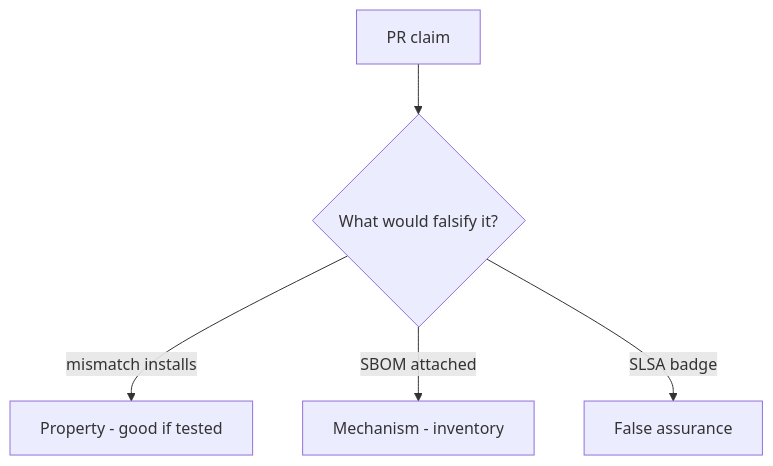
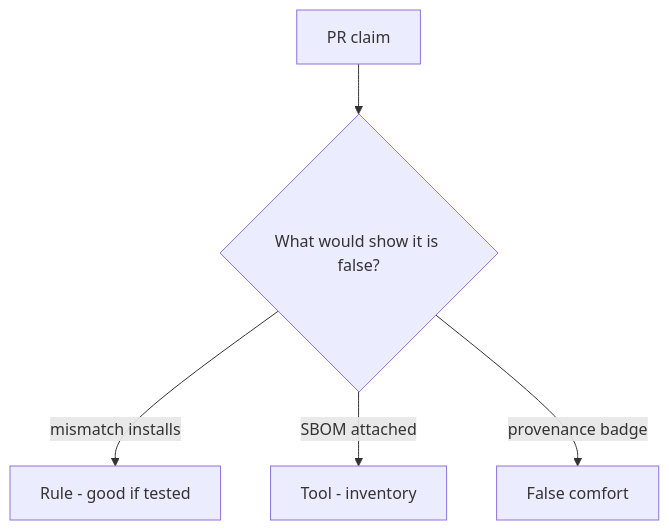
Before and after one commit to ishitvagoel/LearnSecurity: the diagram in content/modules/10/10.2/lessons/08-review.md, drawn with Mermaid. The commit also changed other lines of this file and 39 other files, not shown here.

````diff
--- a/content/modules/10/10.2/lessons/08-review.md
+++ b/content/modules/10/10.2/lessons/08-review.md
@@ -17,7 +18,7 @@
 ```mermaid
 flowchart TD
-  Claim[PR claim] --> Q{"What would falsify it?"}
-  Q -->|mismatch installs| Property["Property - good if tested"]
-  Q -->|SBOM attached| Mechanism[Mechanism - inventory]
-  Q -->|SLSA badge| False[False assurance]
+  Claim[PR claim] --> Q{"What would show it is false?"}
+  Q -->|mismatch installs| Property["Rule - good if tested"]
+  Q -->|SBOM attached| Mechanism[Tool - inventory]
+  Q -->|provenance badge| False[False comfort]
 ```
````
